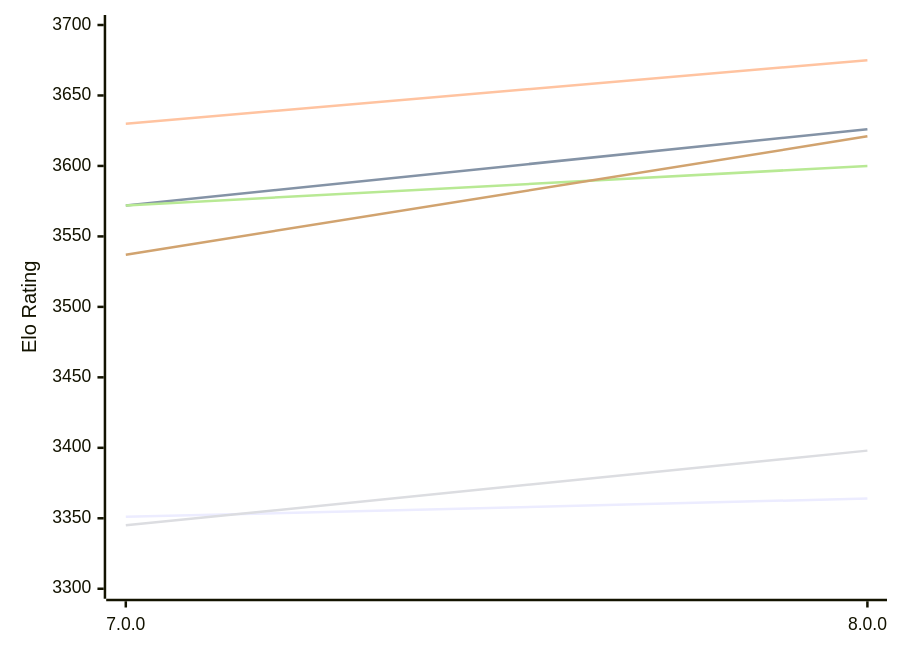
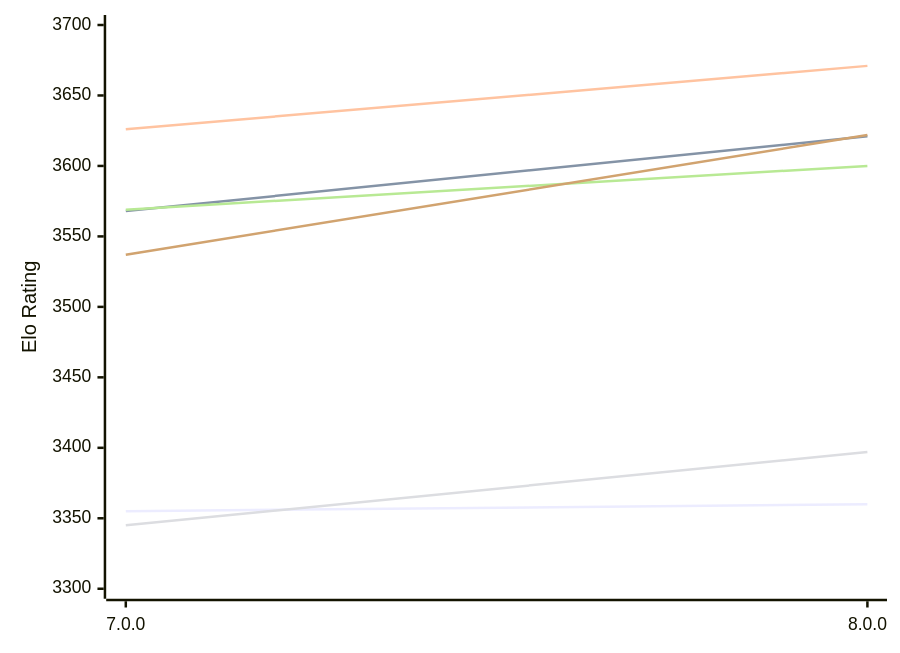
The first of 2 diagrams in engines/Stormphrax.md (computer-chess-index/cci), drawn with Mermaid before and after one commit. The commit also changed other lines of this file, not shown here.

Commit message:
Update CCI Ratings (ELO VLTC) - 2026-11-26

````diff
--- a/engines/Stormphrax.md
+++ b/engines/Stormphrax.md
@@ -52,12 +52,12 @@
 ```mermaid
 %%{init: {"theme":"base","themeVariables":{"seriesColors:['#a3a3a3','#222221','#faa371']}}}%%
 xychart-beta
   x-axis ["7.0.0", "8.0.0"]
   y-axis "Elo Rating" 3300 --> 3700
-  line "E1: STC (8.0+0.08s)" [3351, 3364]
-  line "E1: LTC (60.0+0.60s)" [3572, 3626]
-  line "E1: VLTC (2m24s+1.12s)" [3630, 3675]
-  line "P1: STC (8.0+0.08s)" [3345, 3398]
-  line "P1: LTC (60.0+0.60s)" [3572, 3600]
-  line "P1: VLTC (2m24s+1.12s)" [3537, 3621]
+  line "E1: STC (8.0+0.08s)" [3355, 3360]
+  line "E1: LTC (60.0+0.60s)" [3568, 3621]
+  line "E1: VLTC (2m24s+1.12s)" [3626, 3671]
+  line "P1: STC (8.0+0.08s)" [3345, 3397]
+  line "P1: LTC (60.0+0.60s)" [3569, 3600]
+  line "P1: VLTC (2m24s+1.12s)" [3537, 3622]
 ```
````
